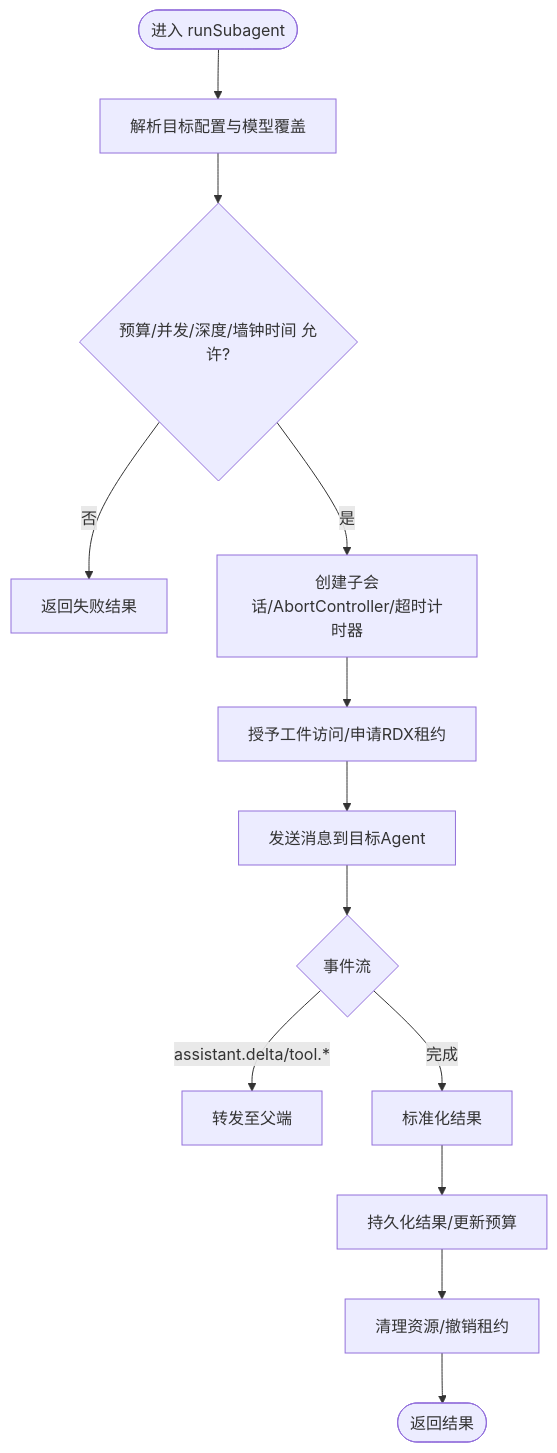
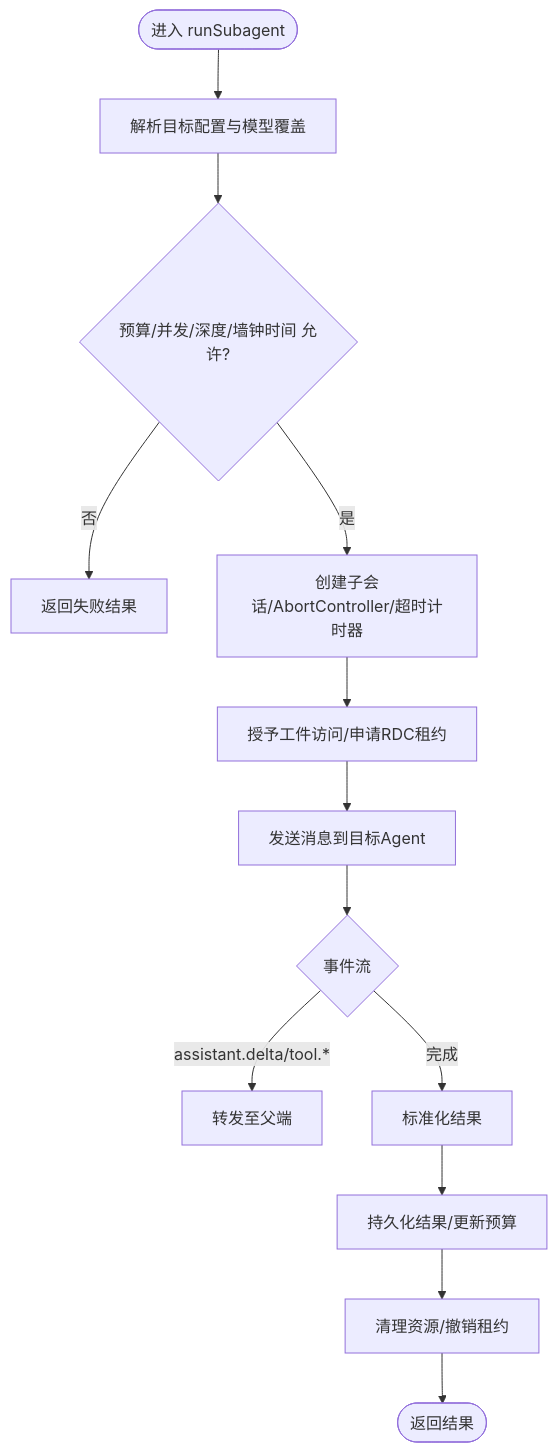
The third of 5 diagrams in .qoder/repowiki/zh/content/架构设计/核心组件设计/Agent编排器设计/子Agent协调机制.md (haolange/RDC-Agent), drawn with Mermaid before and after one commit. The commit also changed other lines of this file and 557 other files, not shown here.

````diff
--- a/.qoder/repowiki/zh/content/架构设计/核心组件设计/Agent编排器设计/子Agent协调机制.md
+++ b/.qoder/repowiki/zh/content/架构设计/核心组件设计/Agent编排器设计/子Agent协调机制.md
@@ -131,15 +131,15 @@
 ```mermaid
 flowchart TD
 Start(["进入 runSubagent"]) --> Resolve["解析目标配置与模型覆盖"]
 Resolve --> BudgetCheck{"预算/并发/深度/墙钟时间 允许?"}
 BudgetCheck -- 否 --> Fail["返回失败结果"]
 BudgetCheck -- 是 --> Setup["创建子会话/AbortController/超时计时器"]
-Setup --> Grant["授予工件访问/申请RDX租约"]
+Setup --> Grant["授予工件访问/申请RDC租约"]
 Grant --> Send["发送消息到目标Agent"]
 Send --> Stream{"事件流"}
 Stream --> |assistant.delta/tool.*| Forward["转发至父端"]
 Stream --> |完成| Normalize["标准化结果"]
 Normalize --> Persist["持久化结果/更新预算"]
 Persist --> Cleanup["清理资源/撤销租约"]
 Cleanup --> End(["返回结果"])
 ```
````
